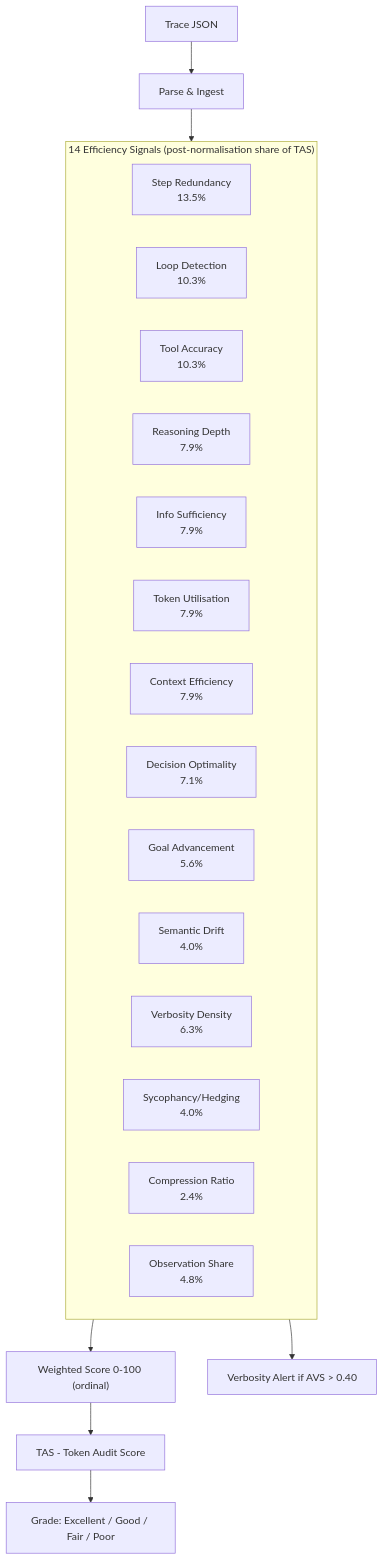
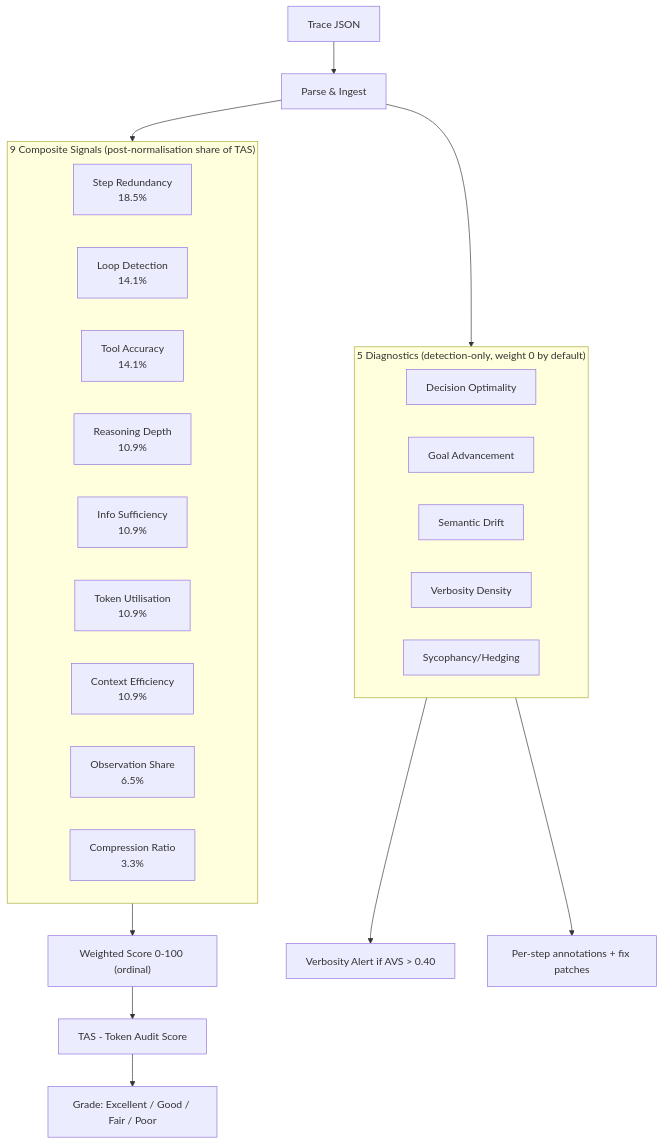
One commit to ZulfaqarHafez/TraceRazor changed the second of 7 diagrams in README.md. Above: the diagram before and after it, drawn with Mermaid. The commit also changed other lines of this file and 24 other files, not shown here.

````diff
--- a/README.md
+++ b/README.md
@@ -82,28 +82,34 @@
 ```mermaid
 flowchart TD
     T[Trace JSON] --> P[Parse & Ingest]
     P --> M
 
-    subgraph M["14 Efficiency Signals (post-normalisation share of TAS)"]
+    subgraph M["9 Composite Signals (post-normalisation share of TAS)"]
         direction LR
-        S1["Step Redundancy\n13.5%"]
-        S2["Loop Detection\n10.3%"]
-        S3["Tool Accuracy\n10.3%"]
-        S4["Reasoning Depth\n7.9%"]
-        S5["Info Sufficiency\n7.9%"]
-        S6["Token Utilisation\n7.9%"]
-        S7["Context Efficiency\n7.9%"]
-        S8["Decision Optimality\n7.1%"]
-        S9["Goal Advancement\n5.6%"]
-        S10["Semantic Drift\n4.0%"]
-        V1["Verbosity Density\n6.3%"]
-        V2["Sycophancy/Hedging\n4.0%"]
-        V3["Compression Ratio\n2.4%"]
-        O1["Observation Share\n4.8%"]
+        S1["Step Redundancy\n18.5%"]
+        S2["Loop Detection\n14.1%"]
+        S3["Tool Accuracy\n14.1%"]
+        S4["Reasoning Depth\n10.9%"]
+        S5["Info Sufficiency\n10.9%"]
+        S6["Token Utilisation\n10.9%"]
+        S7["Context Efficiency\n10.9%"]
+        O1["Observation Share\n6.5%"]
+        V3["Compression Ratio\n3.3%"]
     end
 
+    subgraph D["5 Diagnostics (detection-only, weight 0 by default)"]
+        direction LR
+        S8["Decision Optimality"]
+        S9["Goal Advancement"]
+        S10["Semantic Drift"]
+        V1["Verbosity Density"]
+        V2["Sycophancy/Hedging"]
+    end
+
+    P --> D
     M --> W["Weighted Score 0-100 (ordinal)"]
     W --> TAS["TAS - Token Audit Score"]
     TAS --> G["Grade: Excellent / Good / Fair / Poor"]
-    M --> AVS["Verbosity Alert if AVS > 0.40"]
+    D --> AVS["Verbosity Alert if AVS > 0.40"]
+    D --> FX["Per-step annotations + fix patches"]
 ```
````
